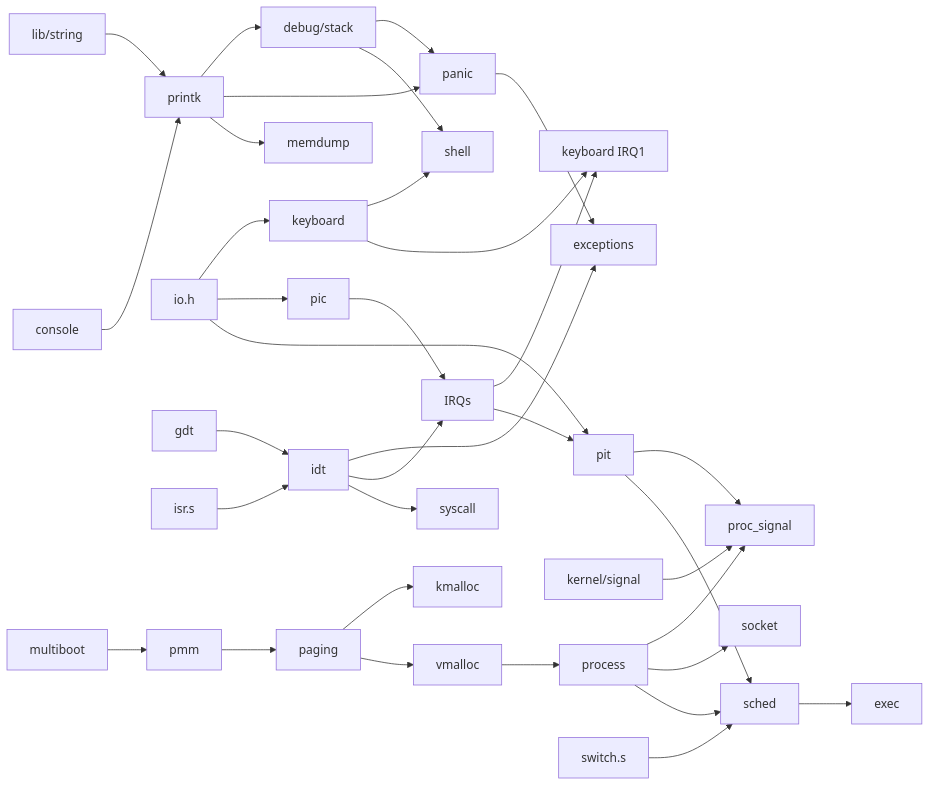
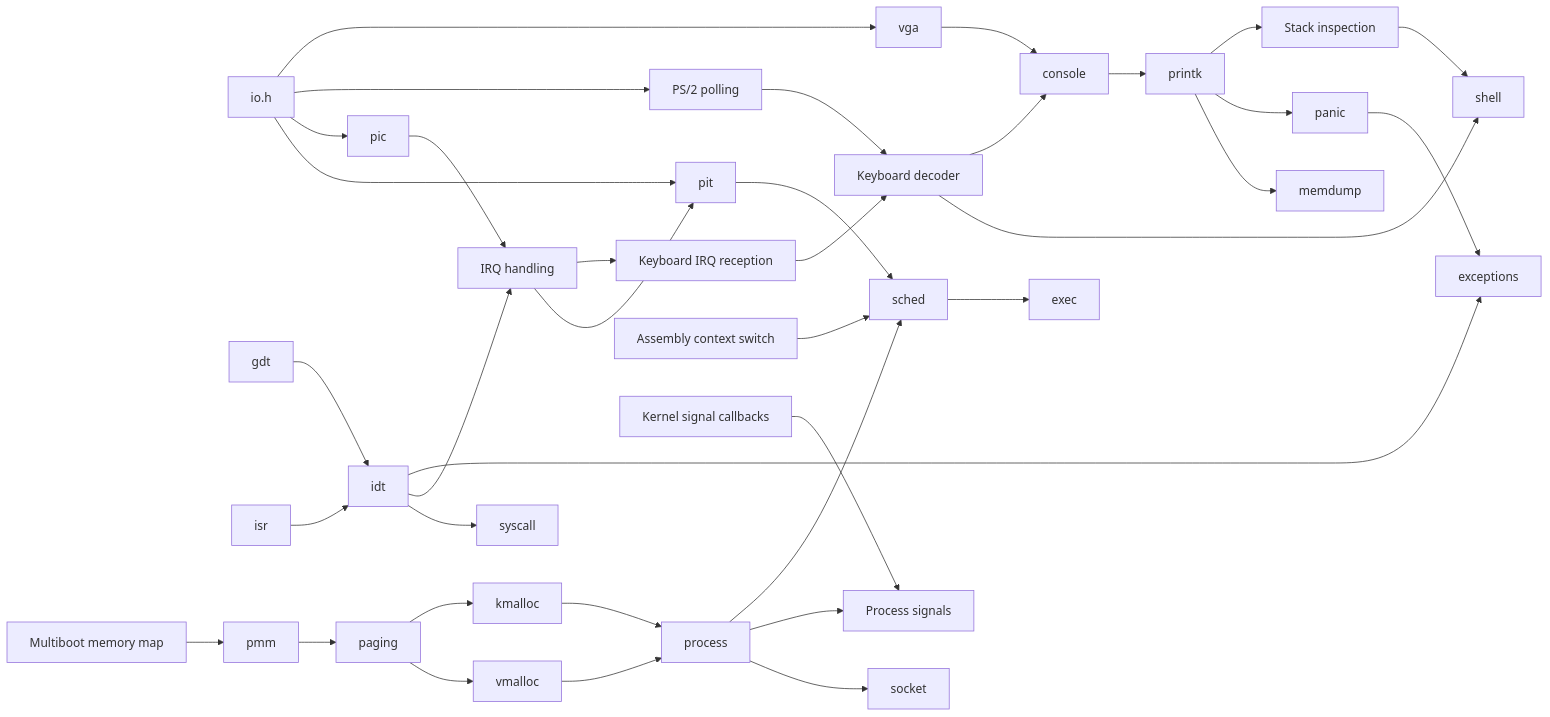
The diagram in docs/ROADMAP.md (moha-bekh/kfs), drawn with Mermaid before and after one commit. The commit also changed other lines of this file and 13 other files, not shown here.

````diff
--- a/docs/ROADMAP.md
+++ b/docs/ROADMAP.md
@@ -11,40 +19,39 @@
 ```mermaid
 graph LR
-  string[lib/string] --> printk
+  io[io.h] --> vga
+  vga --> console
   console --> printk
-  io[io.h] --> keyboard
+  io --> polling[PS/2 polling]
+  polling --> keyboard[Keyboard decoder]
+  keyboard --> console
+  printk --> stack[Stack inspection]
+  printk --> panic
+  printk --> memdump
+  keyboard --> shell
+  stack --> shell
+  gdt --> idt
+  isr --> idt
+  idt --> exceptions
+  panic --> exceptions
   io --> pic
   io --> pit
-
-  printk --> stack[debug/stack]
-  printk --> panic
-  printk --> memdump
-  gdt --> idt
-  isr[isr.s] --> idt
-  stack --> panic
-  keyboard --> shell
-  stack --> shell
-
-  multiboot --> pmm --> paging
+  idt --> irq[IRQ handling]
+  pic --> irq
+  irq --> keyboard_irq[Keyboard IRQ reception]
+  keyboard_irq --> keyboard
+  irq --> pit
+  idt --> syscall
+  multiboot[Multiboot memory map] --> pmm
+  pmm --> paging
   paging --> kmalloc
   paging --> vmalloc
-
-  idt --> exceptions
-  panic --> exceptions
-  idt --> pic_irq[IRQs]
-  pic --> pic_irq
-  pic_irq --> keyboard_irq[keyboard IRQ1]
-  keyboard --> keyboard_irq
-  pic_irq --> pit
-  idt --> syscall
-  ksignal[kernel/signal] --> proc_signal
-
+  kmalloc --> process
   vmalloc --> process
-  process --> proc_signal
-  pit --> proc_signal
+  pit --> sched
+  process --> sched
+  switch[Assembly context switch] --> sched
+  process --> proc_signal[Process signals]
+  ksignal[Kernel signal callbacks] --> proc_signal
   process --> socket
-  process --> sched
-  pit --> sched
-  switch[switch.s] --> sched
   sched --> exec
 ```
````
